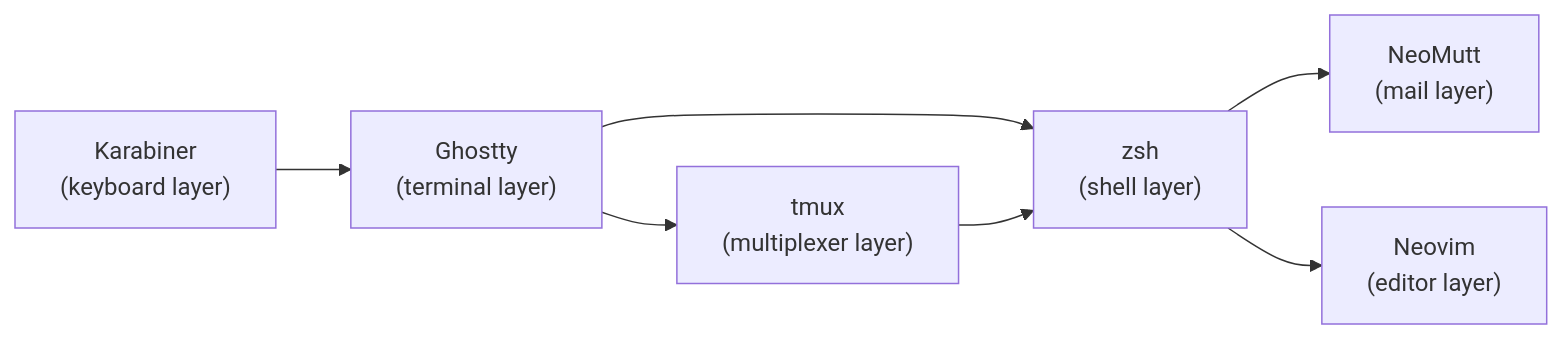
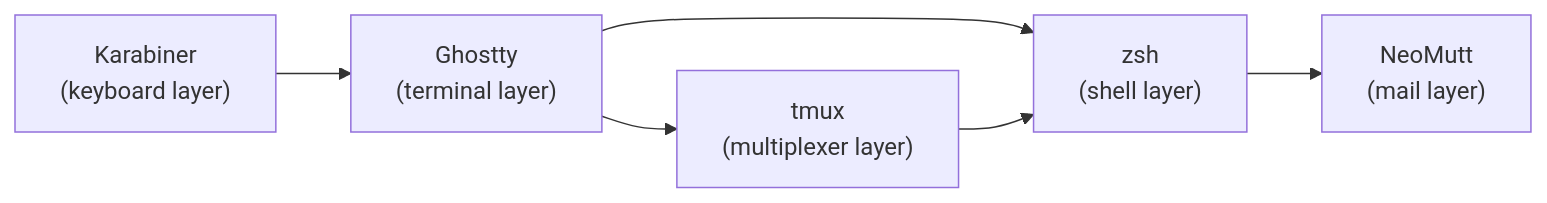
Before and after one commit to Rantaplanb/dotfiles: the diagram in docs/shortcuts.md, drawn with Mermaid. The commit also changed other lines of this file and 78 other files, not shown here.

````diff
--- a/docs/shortcuts.md
+++ b/docs/shortcuts.md
@@ -7,9 +7,8 @@
 ```mermaid
 flowchart LR
   K["Karabiner<br/>(keyboard layer)"] --> G["Ghostty<br/>(terminal layer)"]
   G --> T["tmux<br/>(multiplexer layer)"]
   G --> Z["zsh<br/>(shell layer)"]
   T --> Z
   Z --> M["NeoMutt<br/>(mail layer)"]
-  Z --> N["Neovim<br/>(editor layer)"]
 ```
````
